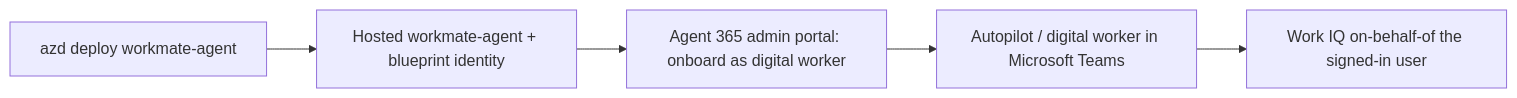
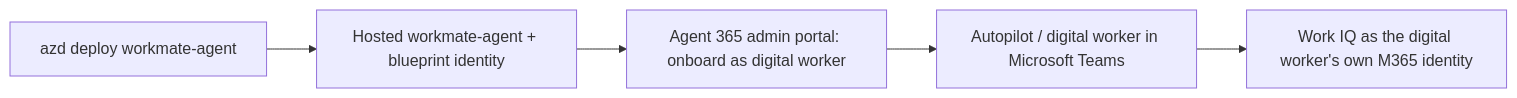
One commit to aycabas/iqdeepdive-workiq changed the diagram in docs/teams.md. Above: the diagram before and after it, drawn with Mermaid. The commit also changed other lines of this file and 1 other file, not shown here.

First line of the commit message:
Correct identity model: Foundry=OBO signed-in user, Teams digital worker=acts as itself

````diff
--- a/docs/teams.md
+++ b/docs/teams.md
@@ -25,7 +32,7 @@
 ```mermaid
 flowchart LR
   azd[azd deploy workmate-agent] --> agent[Hosted workmate-agent + blueprint identity]
   agent --> a365["Agent 365 admin portal: onboard as digital worker"]
   a365 --> teams[Autopilot / digital worker in Microsoft Teams]
-  teams --> obo[Work IQ on-behalf-of the signed-in user]
+  teams --> obo[Work IQ as the digital worker's own M365 identity]
 ```
````
